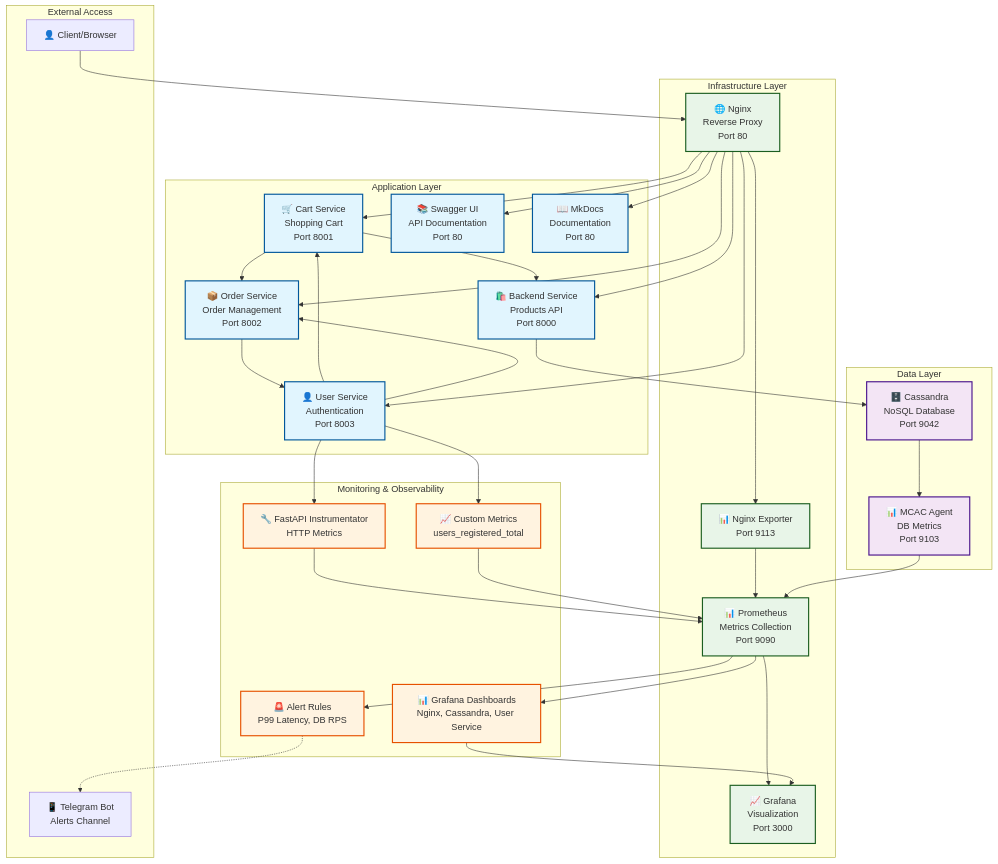
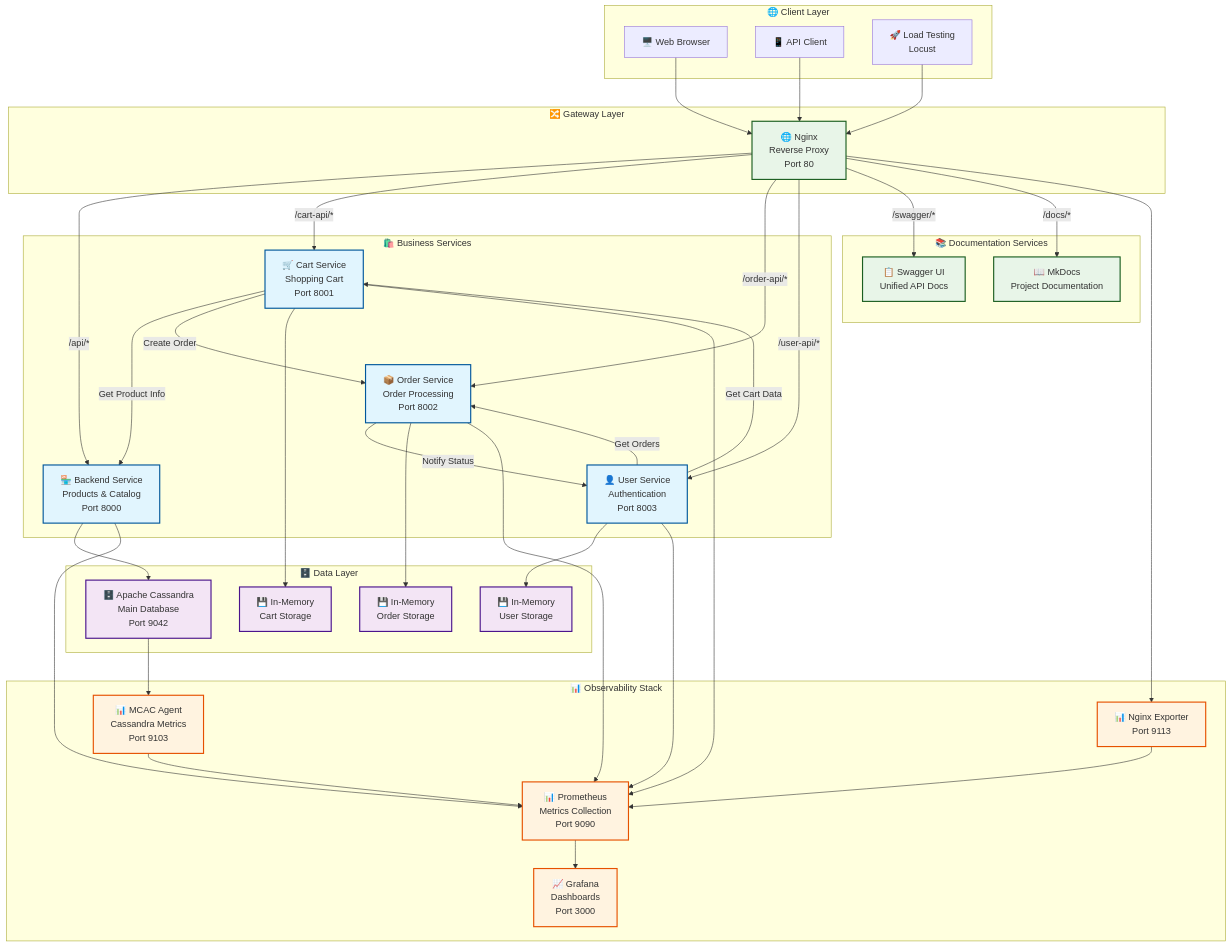
One commit to alice3e/o11y changed the first of 3 diagrams in app/docs-src/architecture.md. Above: the diagram before and after it, drawn with Mermaid. The commit also changed other lines of this file and 12 other files, not shown here.

Commit message:
Add Jaeger for distributed tracing and create README.md for project documentation

````diff
--- a/app/docs-src/architecture.md
+++ b/app/docs-src/architecture.md
@@ -6,73 +16,77 @@
 ```mermaid
 graph TB
-    subgraph "External Access"
-        CLIENT[👤 Client/Browser]
-        TELEGRAM[📱 Telegram Bot<br/>Alerts Channel]
+    subgraph "🌐 Client Layer"
+        WEB[🖥️ Web Browser]
+        API_CLIENT[📱 API Client]
+        LOCUST[🚀 Load Testing<br/>Locust]
     end
 
-    subgraph "Infrastructure Layer"
+    subgraph "🔀 Gateway Layer"
         NGINX[🌐 Nginx<br/>Reverse Proxy<br/>Port 80]
-        PROM[📊 Prometheus<br/>Metrics Collection<br/>Port 9090]
-        GRAFANA[📈 Grafana<br/>Visualization<br/>Port 3000]
-        NGINX_EXP[📊 Nginx Exporter<br/>Port 9113]
     end
 
-    subgraph "Application Layer"
-        BACKEND[🛍️ Backend Service<br/>Products API<br/>Port 8000]
+    subgraph "🛍️ Business Services"
+        BACKEND[🏪 Backend Service<br/>Products & Catalog<br/>Port 8000]
         CART[🛒 Cart Service<br/>Shopping Cart<br/>Port 8001]
-        ORDER[📦 Order Service<br/>Order Management<br/>Port 8002]
+        ORDER[📦 Order Service<br/>Order Processing<br/>Port 8002]
         USER[👤 User Service<br/>Authentication<br/>Port 8003]
-        SWAGGER[📚 Swagger UI<br/>API Documentation<br/>Port 80]
-        DOCS[📖 MkDocs<br/>Documentation<br/>Port 80]
     end
 
-    subgraph "Data Layer"
-        CASSANDRA[🗄️ Cassandra<br/>NoSQL Database<br/>Port 9042]
-        MCAC[📊 MCAC Agent<br/>DB Metrics<br/>Port 9103]
+    subgraph "📚 Documentation Services"
+        SWAGGER[📋 Swagger UI<br/>Unified API Docs]
+        DOCS[📖 MkDocs<br/>Project Documentation]
     end
 
-    subgraph "Monitoring & Observability"
-        INSTRUMENTATION[🔧 FastAPI Instrumentator<br/>HTTP Metrics]
-        CUSTOM_METRICS[📈 Custom Metrics<br/>users_registered_total]
-        DASHBOARDS[📊 Grafana Dashboards<br/>Nginx, Cassandra, User Service]
-        ALERTS[🚨 Alert Rules<br/>P99 Latency, DB RPS]
+    subgraph "🗄️ Data Layer"
+        CASSANDRA[🗄️ Apache Cassandra<br/>Main Database<br/>Port 9042]
+        MEMORY_CART[💾 In-Memory<br/>Cart Storage]
+        MEMORY_ORDER[💾 In-Memory<br/>Order Storage]
+        MEMORY_USER[💾 In-Memory<br/>User Storage]
+    end
+
+    subgraph "📊 Observability Stack"
+        PROM[📊 Prometheus<br/>Metrics Collection<br/>Port 9090]
+        GRAFANA[📈 Grafana<br/>Dashboards<br/>Port 3000]
+        NGINX_EXP[📊 Nginx Exporter<br/>Port 9113]
+        MCAC[📊 MCAC Agent<br/>Cassandra Metrics<br/>Port 9103]
     end
 
     %% Client connections
-    CLIENT --> NGINX
+    WEB --> NGINX
+    API_CLIENT --> NGINX
+    LOCUST --> NGINX
     
     %% Nginx routing
-    NGINX --> BACKEND
-    NGINX --> CART
-    NGINX --> ORDER
-    NGINX --> USER
-    NGINX --> SWAGGER
-    NGINX --> DOCS
+    NGINX --"/api/*"--> BACKEND
+    NGINX --"/cart-api/*"--> CART
+    NGINX --"/order-api/*"--> ORDER
+    NGINX --"/user-api/*"--> USER
+    NGINX --"/swagger/*"--> SWAGGER
+    NGINX --"/docs/*"--> DOCS
 
-    %% Service dependencies
+    %% Inter-service communication
+    CART --"Get Product Info"--> BACKEND
+    CART --"Create Order"--> ORDER
+    ORDER --"Notify Status"--> USER
+    USER --"Get Cart Data"--> CART
+    USER --"Get Orders"--> ORDER
+
+    %% Data connections
     BACKEND --> CASSANDRA
-    CART --> BACKEND
-    CART --> ORDER
-    ORDER --> USER
-    USER --> CART
-    USER --> ORDER
+    CART --> MEMORY_CART
+    ORDER --> MEMORY_ORDER
+    USER --> MEMORY_USER
 
     %% Monitoring connections
+    BACKEND --> PROM
+    CART --> PROM
+    ORDER --> PROM
+    USER --> PROM
     NGINX --> NGINX_EXP
     NGINX_EXP --> PROM
-    USER --> INSTRUMENTATION
-    INSTRUMENTATION --> PROM
     CASSANDRA --> MCAC
     MCAC --> PROM
     PROM --> GRAFANA
-    PROM --> ALERTS
-    ALERTS -.-> TELEGRAM
-
-    %% Metrics flow
-    USER --> CUSTOM_METRICS
-    CUSTOM_METRICS --> PROM
-    PROM --> DASHBOARDS
-    DASHBOARDS --> GRAFANA
 
     %% Styling
     classDef serviceBox fill:#e1f5fe,stroke:#01579b,stroke-width:2px
@@ -80,8 +94,8 @@
     classDef infraBox fill:#e8f5e8,stroke:#1b5e20,stroke-width:2px
     classDef monitorBox fill:#fff3e0,stroke:#e65100,stroke-width:2px
 
-    class BACKEND,CART,ORDER,USER,SWAGGER,DOCS serviceBox
-    class CASSANDRA,MCAC dataBox
-    class NGINX,PROM,GRAFANA,NGINX_EXP infraBox
-    class INSTRUMENTATION,CUSTOM_METRICS,DASHBOARDS,ALERTS monitorBox
+    class BACKEND,CART,ORDER,USER serviceBox
+    class CASSANDRA,MEMORY_CART,MEMORY_ORDER,MEMORY_USER dataBox
+    class NGINX,SWAGGER,DOCS infraBox
+    class PROM,GRAFANA,NGINX_EXP,MCAC monitorBox
 ```
````
